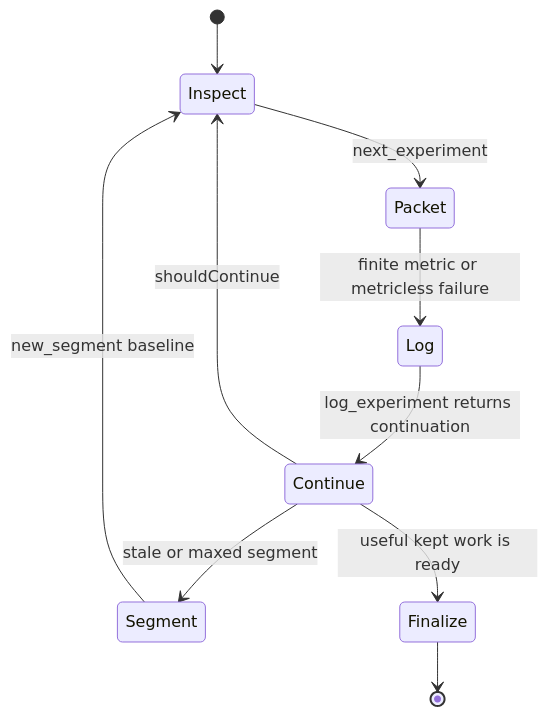
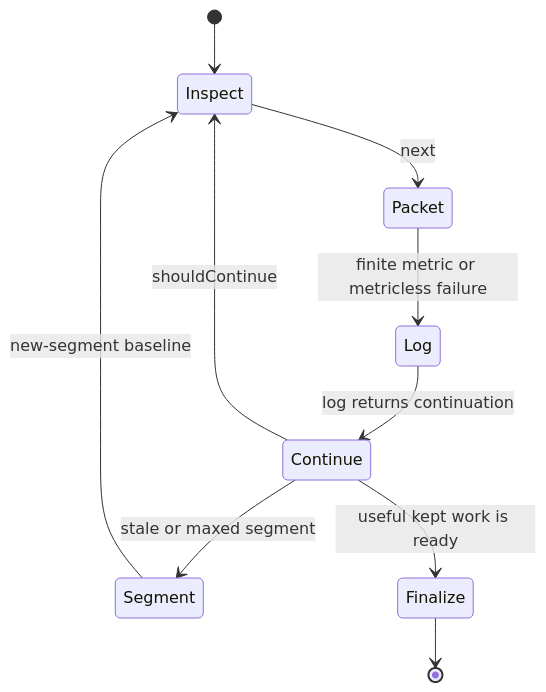
Before and after one commit to TheGreenCedar/codex-autoresearch: the third of 5 diagrams in plugins/codex-autoresearch/docs/workflows.md, drawn with Mermaid. The commit also changed other lines of this file and 49 other files, not shown here.

````diff
--- a/plugins/codex-autoresearch/docs/workflows.md
+++ b/plugins/codex-autoresearch/docs/workflows.md
@@ -45,12 +45,12 @@
 ```mermaid
 stateDiagram-v2
   [*] --> Inspect
-  Inspect --> Packet: next_experiment
+  Inspect --> Packet: next
   Packet --> Log: finite metric or metricless failure
-  Log --> Continue: log_experiment returns continuation
+  Log --> Continue: log returns continuation
   Continue --> Inspect: shouldContinue
   Continue --> Segment: stale or maxed segment
   Continue --> Finalize: useful kept work is ready
-  Segment --> Inspect: new_segment baseline
+  Segment --> Inspect: new-segment baseline
   Finalize --> [*]
 ```
````
